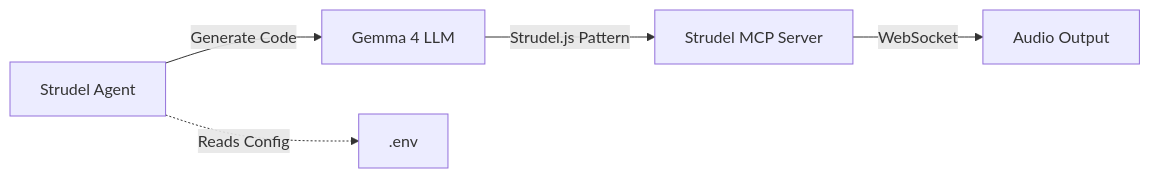
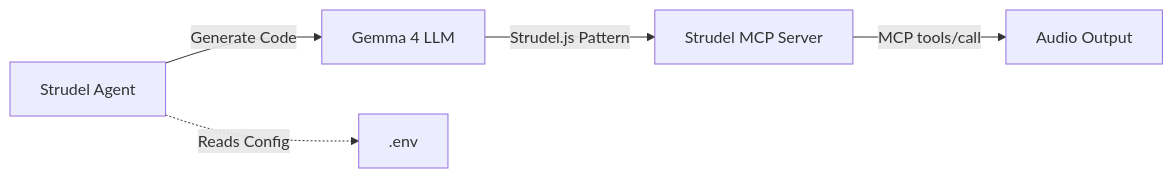
One commit to samjd-zz/linkedin_ssi_booster changed the second of 3 diagrams in docs/multimodal-features.md. Above: the diagram before and after it, drawn with Mermaid. The commit also changed other lines of this file and 12 other files, not shown here.

````diff
--- a/docs/multimodal-features.md
+++ b/docs/multimodal-features.md
@@ -151,7 +151,7 @@
 ```mermaid
 graph LR
     A[Strudel Agent] -->|Generate Code| B[Gemma 4 LLM]
     B -->|Strudel.js Pattern| C[Strudel MCP Server]
-    C -->|WebSocket| D[Audio Output]
+    C -->|MCP tools/call| D[Audio Output]
     A -.->|Reads Config| E[.env]
 ```
````
